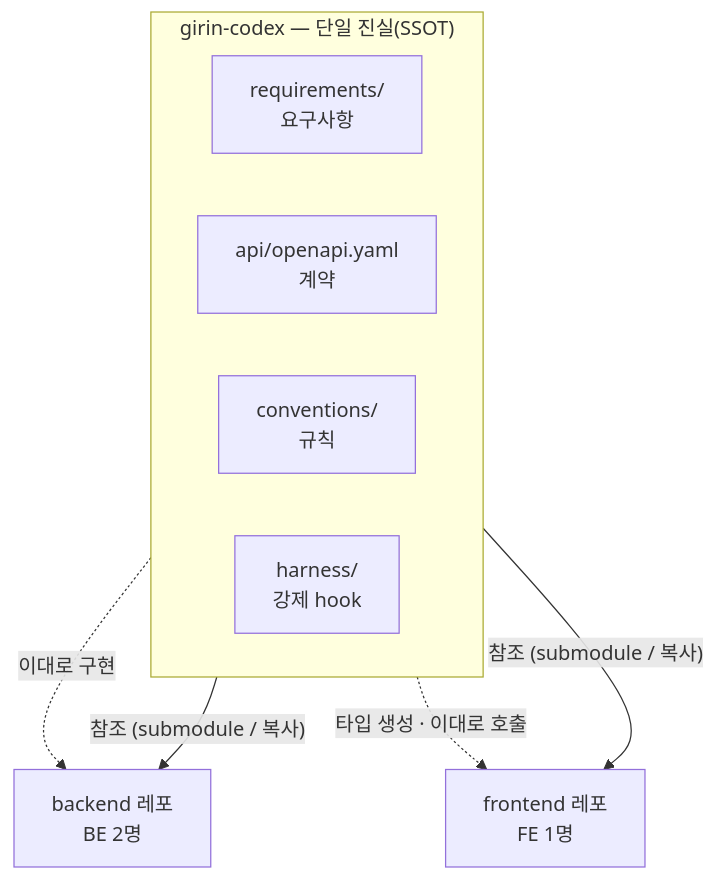
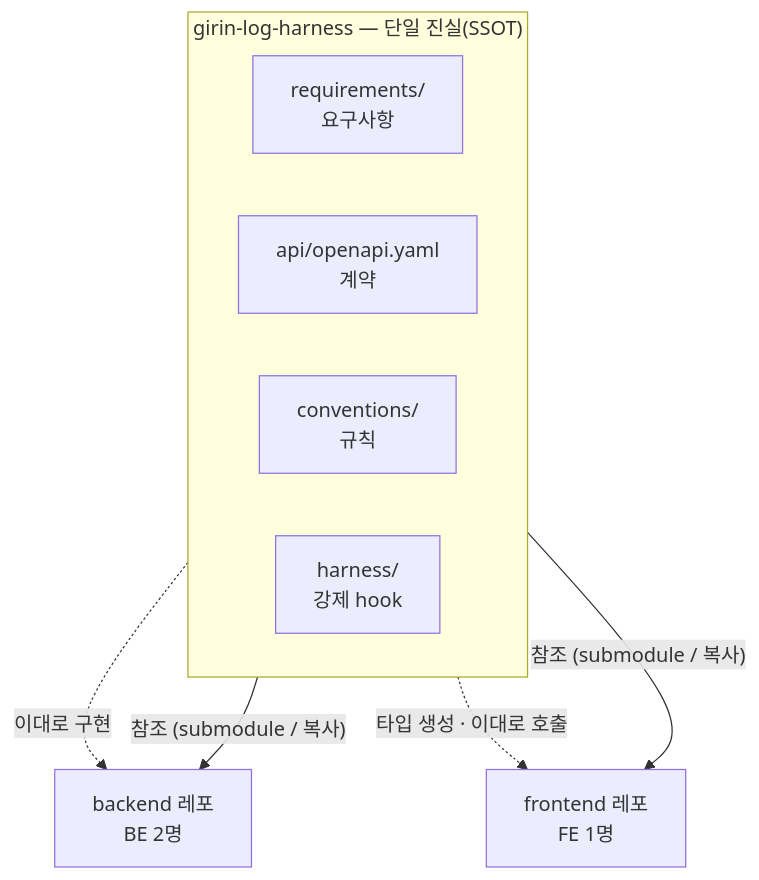
One commit to my-girin-log/girin-log-harness changed the first of 7 diagrams in README.md. Above: the diagram before and after it, drawn with Mermaid. The commit also changed other lines of this file and 6 other files, not shown here.

````diff
--- a/README.md
+++ b/README.md
@@ -20,14 +20,14 @@
 ```mermaid
 flowchart TB
-    subgraph CODEX["girin-codex — 단일 진실(SSOT)"]
+    subgraph HARNESS["girin-log-harness — 단일 진실(SSOT)"]
         direction LR
         REQ["requirements/<br/>요구사항"]
         SPEC["api/openapi.yaml<br/>계약"]
         CONV["conventions/<br/>규칙"]
         HARN["harness/<br/>강제 hook"]
     end
-    CODEX -->|"참조 (submodule / 복사)"| BE["backend 레포<br/>BE 2명"]
-    CODEX -->|"참조 (submodule / 복사)"| FE["frontend 레포<br/>FE 1명"]
+    HARNESS -->|"참조 (submodule / 복사)"| BE["backend 레포<br/>BE 2명"]
+    HARNESS -->|"참조 (submodule / 복사)"| FE["frontend 레포<br/>FE 1명"]
     SPEC -.->|"이대로 구현"| BE
     SPEC -.->|"타입 생성 · 이대로 호출"| FE
 ```
````
